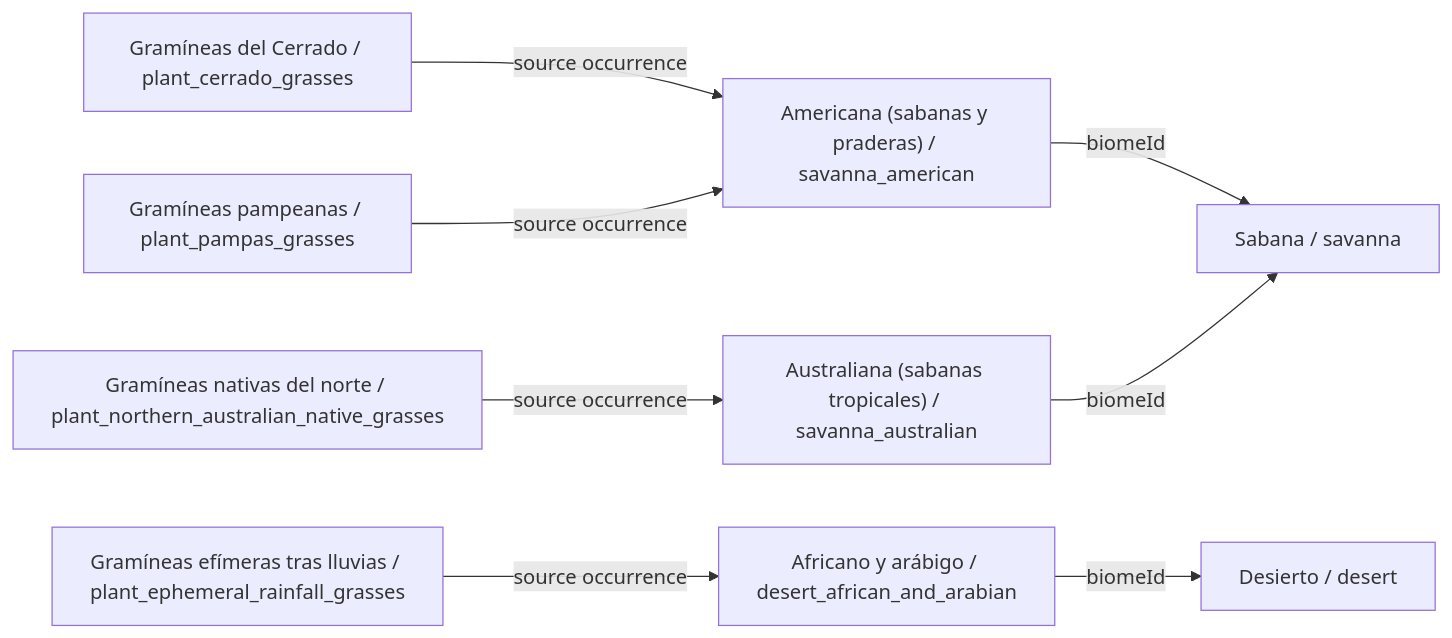
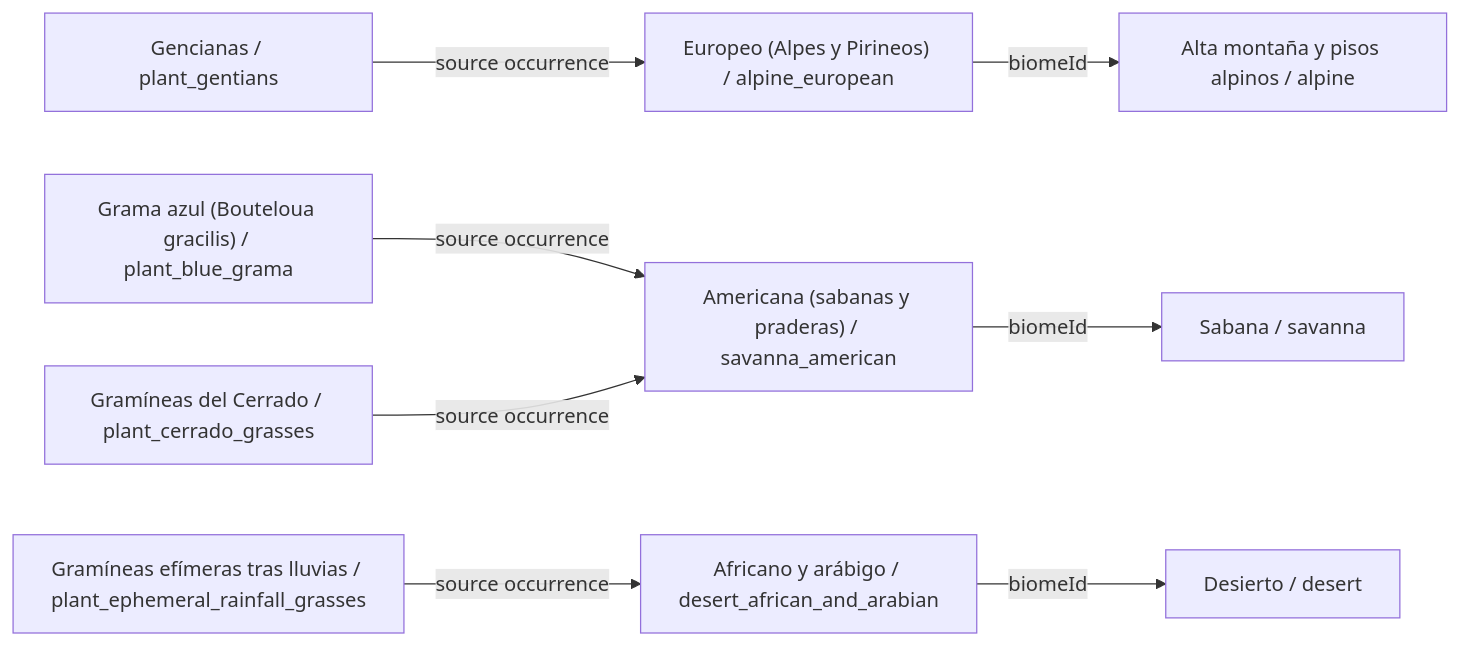
Before and after one commit to fgabo404/EvolveDoc: diagram 11 of 34 in data/plants/DIAGRAMS.es.md, drawn with Mermaid. The commit also changed other lines of this file and 59 other files, not shown here.

````diff
--- a/data/plants/DIAGRAMS.es.md
+++ b/data/plants/DIAGRAMS.es.md
@@ -492,19 +431,20 @@
 ```mermaid
 flowchart LR
-    c0["Gramíneas del Cerrado / plant_cerrado_grasses"]
+    c0["Gencianas / plant_gentians"]
+    v25["Europeo (Alpes y Pirineos) / alpine_european"]
+    b6["Alta montaña y pisos alpinos / alpine"]
+    c1["Grama azul (Bouteloua gracilis) / plant_blue_grama"]
     v12["Americana (sabanas y praderas) / savanna_american"]
     b3["Sabana / savanna"]
-    c1["Gramíneas efímeras tras lluvias / plant_ephemeral_rainfall_grasses"]
+    c2["Gramíneas del Cerrado / plant_cerrado_grasses"]
+    c3["Gramíneas efímeras tras lluvias / plant_ephemeral_rainfall_grasses"]
     v16["Africano y arábigo / desert_african_and_arabian"]
     b4["Desierto / desert"]
-    c2["Gramíneas nativas del norte / plant_northern_australian_native_grasses"]
-    v14["Australiana (sabanas tropicales) / savanna_australian"]
-    c3["Gramíneas pampeanas / plant_pampas_grasses"]
-    c0 -->|source occurrence| v12
-    c1 -->|source occurrence| v16
-    c2 -->|source occurrence| v14
-    c3 -->|source occurrence| v12
+    c0 -->|source occurrence| v25
+    c1 -->|source occurrence| v12
+    c2 -->|source occurrence| v12
+    c3 -->|source occurrence| v16
     v12 -->|biomeId| b3
-    v14 -->|biomeId| b3
     v16 -->|biomeId| b4
+    v25 -->|biomeId| b6
 ```
````
